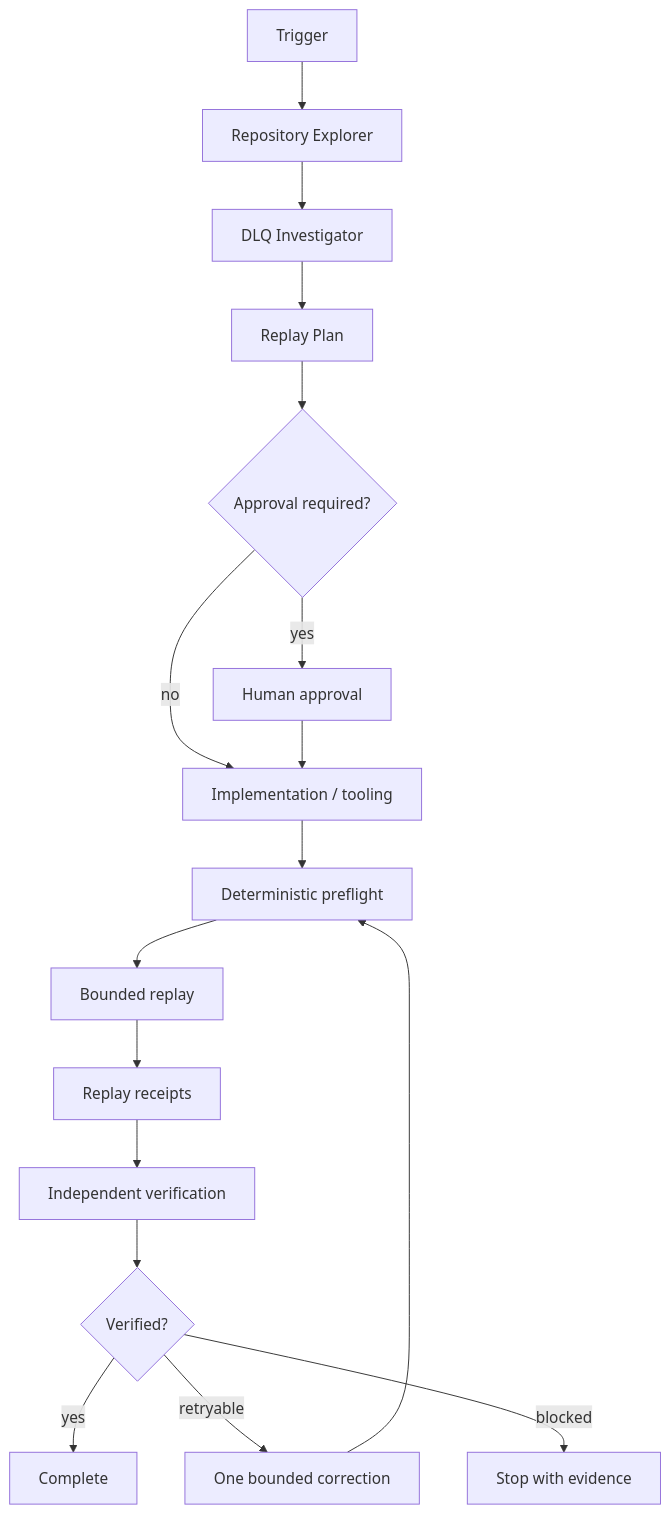
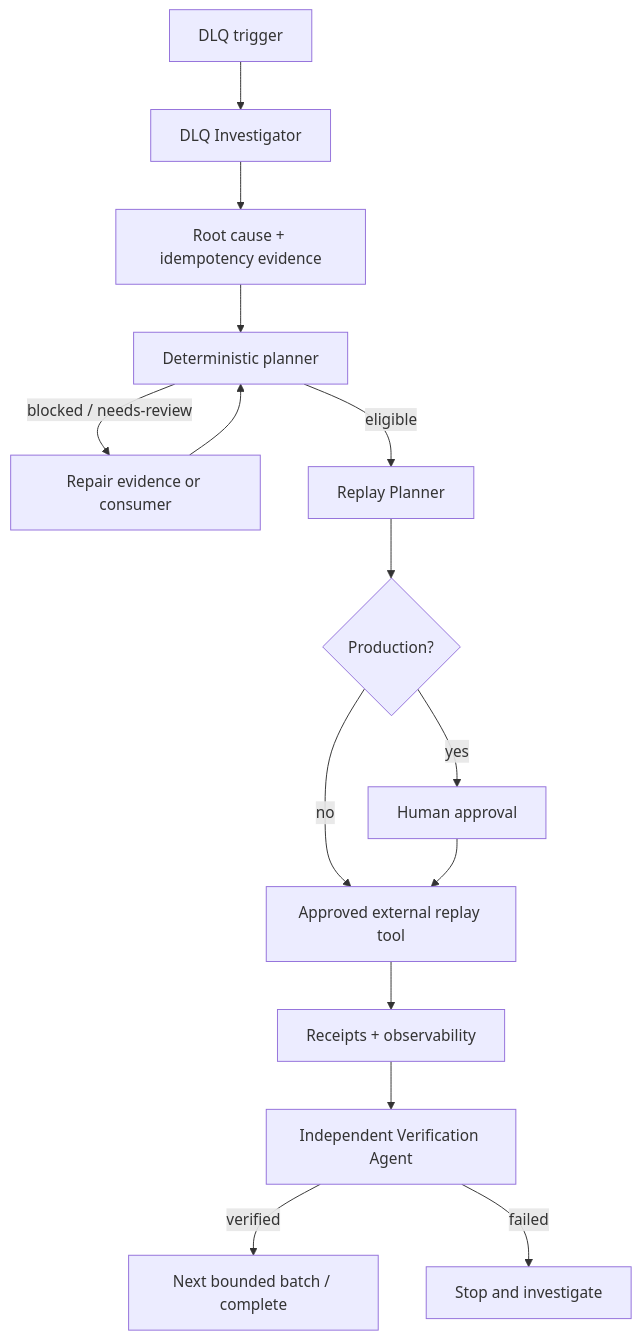
Before and after one commit to hakodev2k/AI-Engineering: the diagram in Daily AI Engineering Kit/agent-dead-letter-queue-replay-safety-gate/README.md, drawn with Mermaid. The commit also changed other lines of this file and 17 other files, not shown here.

Commit message:
Daily AI Engineering Kit for agent-dead-letter-queue-replay-safety-gate

````diff
--- a/Daily AI Engineering Kit/agent-dead-letter-queue-replay-safety-gate/README.md
+++ b/Daily AI Engineering Kit/agent-dead-letter-queue-replay-safety-gate/README.md
@@ -29,19 +18,17 @@
 ```mermaid
 flowchart TD
-    A[Trigger] --> B[Repository Explorer]
-    B --> C[DLQ Investigator]
-    C --> D[Replay Plan]
-    D --> E{Approval required?}
-    E -- yes --> F[Human approval]
-    E -- no --> G[Implementation / tooling]
-    F --> G
-    G --> H[Deterministic preflight]
-    H --> I[Bounded replay]
-    I --> J[Replay receipts]
-    J --> K[Independent verification]
-    K --> L{Verified?}
-    L -- yes --> M[Complete]
-    L -- retryable --> N[One bounded correction]
-    N --> H
-    L -- blocked --> O[Stop with evidence]
+  A[DLQ trigger] --> B[DLQ Investigator]
+  B --> C[Root cause + idempotency evidence]
+  C --> D[Deterministic planner]
+  D -->|blocked / needs-review| E[Repair evidence or consumer]
+  E --> D
+  D -->|eligible| F[Replay Planner]
+  F --> G{Production?}
+  G -->|yes| H[Human approval]
+  G -->|no| I[Approved external replay tool]
+  H --> I
+  I --> J[Receipts + observability]
+  J --> K[Independent Verification Agent]
+  K -->|verified| L[Next bounded batch / complete]
+  K -->|failed| M[Stop and investigate]
 ```
````
